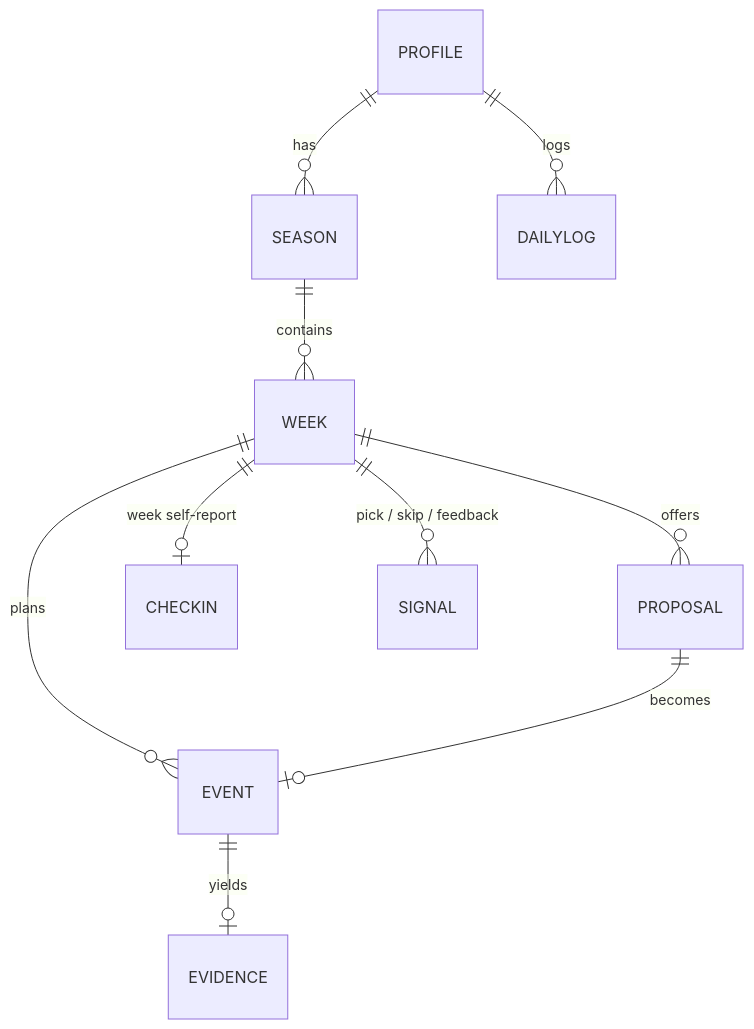
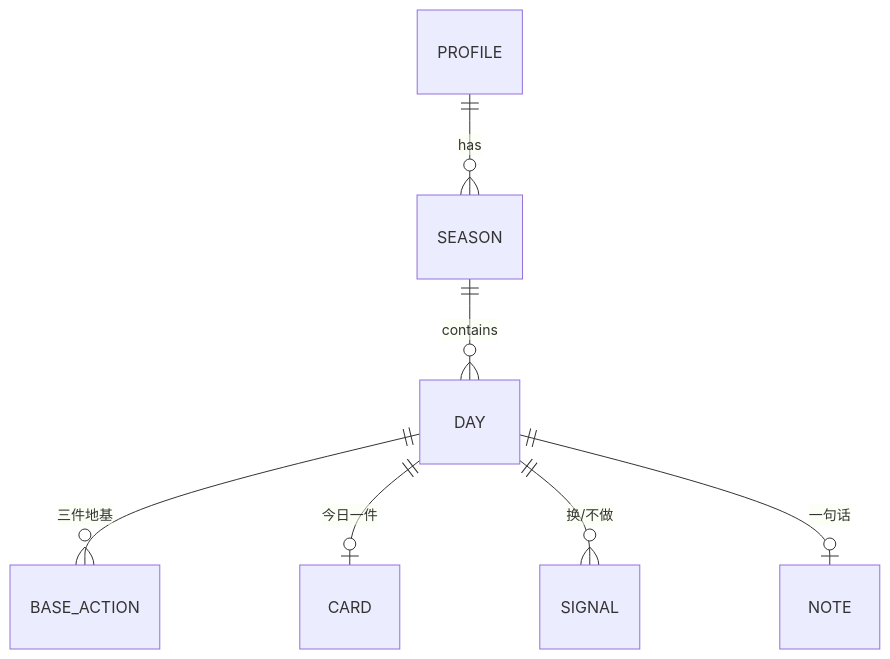
The diagram in doc/001-生命力系统.md (yonho01-collab/lifegame), drawn with Mermaid before and after one commit. The commit also changed other lines of this file and 10 other files, not shown here.

````diff
--- a/doc/001-生命力系统.md
+++ b/doc/001-生命力系统.md
@@ -259,12 +254,9 @@
 ```mermaid
 erDiagram
   PROFILE ||--o{ SEASON : has
-  SEASON ||--o{ WEEK : contains
-  WEEK ||--o{ PROPOSAL : offers
-  WEEK ||--o{ EVENT : plans
-  PROPOSAL ||--o| EVENT : becomes
-  EVENT ||--o| EVIDENCE : yields
-  WEEK ||--o| CHECKIN : "week self-report"
-  PROFILE ||--o{ DAILYLOG : logs
-  WEEK ||--o{ SIGNAL : "pick / skip / feedback"
+  SEASON ||--o{ DAY : contains
+  DAY ||--o{ BASE_ACTION : "三件地基"
+  DAY ||--o| CARD : "今日一件"
+  DAY ||--o{ SIGNAL : "换/不做"
+  DAY ||--o| NOTE : "一句话"
 ```
````
